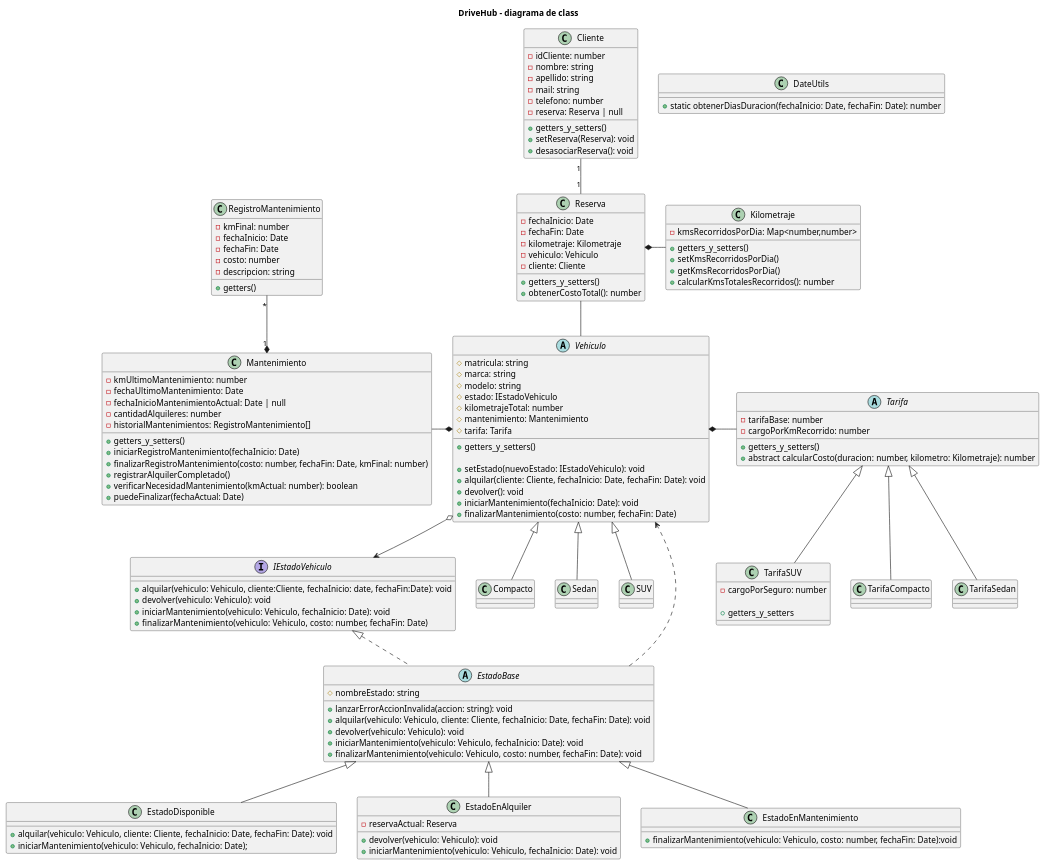
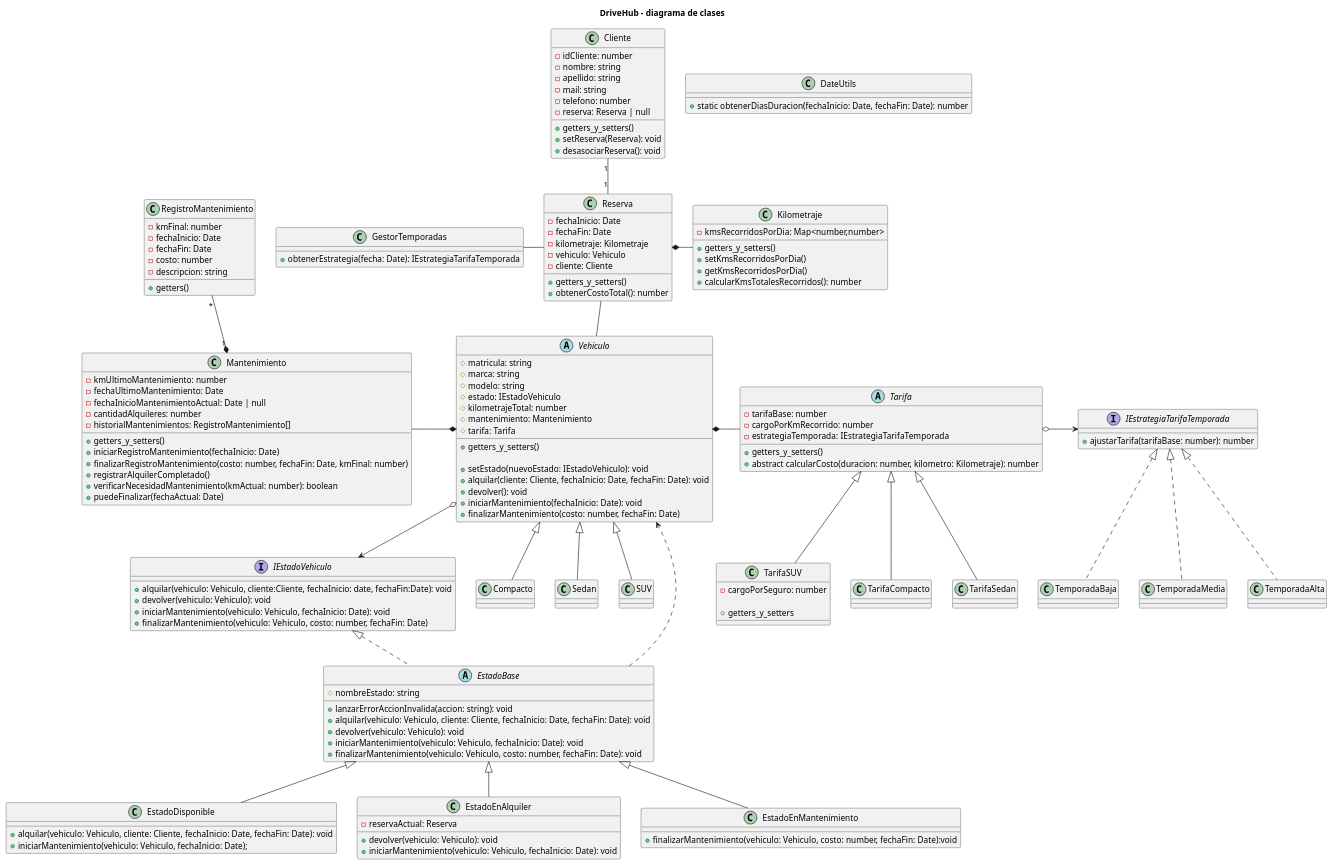
The diagram in diagramas/clases.puml (begueagustinhernan/tp-prog2-pruebas), drawn with PlantUML before and after one commit.

Commit message:
se modifica diagrama de clases agregando interfaz de temporadas, temporadas y gestorTemporadas

```diff
--- a/diagramas/clases.puml
+++ b/diagramas/clases.puml
@@ -1,152 +1,164 @@
 @startuml DriveHub
 
-title DriveHub - diagrama de class
+title DriveHub - diagrama de clases
 
 abstract class Vehiculo {
     # matricula: string
     # marca: string
     # modelo: string
     # estado: IEstadoVehiculo
     # kilometrajeTotal: number
     # mantenimiento: Mantenimiento
     # tarifa: Tarifa
 
     + getters_y_setters()
 
     + setEstado(nuevoEstado: IEstadoVehiculo): void
     + alquilar(cliente: Cliente, fechaInicio: Date, fechaFin: Date): void
     + devolver(): void
     + iniciarMantenimiento(fechaInicio: Date): void
     + finalizarMantenimiento(costo: number, fechaFin: Date)
 }
 
 abstract class Tarifa{
     - tarifaBase: number
     - cargoPorKmRecorrido: number
+    - estrategiaTemporada: IEstrategiaTarifaTemporada
     + getters_y_setters()
     + abstract calcularCosto(duracion: number, kilometro: Kilometraje): number
 }
 
 class TarifaSUV extends Tarifa {
     - cargoPorSeguro: number
 
     + getters_y_setters
 }
 
+interface IEstrategiaTarifaTemporada {
+    + ajustarTarifa(tarifaBase: number): number
+}
 
 class Cliente {
     - idCliente: number
     - nombre: string
     - apellido: string
     - mail: string
     - telefono: number
     - reserva: Reserva | null
     + getters_y_setters()
     + setReserva(Reserva): void
     + desasociarReserva(): void
 }
 
 class Kilometraje{
     -kmsRecorridosPorDia: Map<number,number>
 
     + getters_y_setters()
     + setKmsRecorridosPorDia()
     + getKmsRecorridosPorDia()
     + calcularKmsTotalesRecorridos(): number
 }
 
 class Mantenimiento {
     - kmUltimoMantenimiento: number
     - fechaUltimoMantenimiento: Date
     - fechaInicioMantenimientoActual: Date | null
     - cantidadAlquileres: number
     - historialMantenimientos: RegistroMantenimiento[]
 
     + getters_y_setters()
     + iniciarRegistroMantenimiento(fechaInicio: Date)
     + finalizarRegistroMantenimiento(costo: number, fechaFin: Date, kmFinal: number)
     + registrarAlquilerCompletado()
     + verificarNecesidadMantenimiento(kmActual: number): boolean
     + puedeFinalizar(fechaActual: Date)
 }
 
 class RegistroMantenimiento {
     - kmFinal: number
     - fechaInicio: Date
     - fechaFin: Date
     - costo: number
     - descripcion: string
 
     + getters()
 }
 
 class Reserva{
     - fechaInicio: Date
     - fechaFin: Date
     - kilometraje: Kilometraje
     - vehiculo: Vehiculo
     - cliente: Cliente
     + getters_y_setters()
     + obtenerCostoTotal(): number
 }
 
+class GestorTemporadas {
+    + obtenerEstrategia(fecha: Date): IEstrategiaTarifaTemporada
+}
+
 class DateUtils {
     + static obtenerDiasDuracion(fechaInicio: Date, fechaFin: Date): number
 }
 
 
 interface IEstadoVehiculo {
     + alquilar(vehiculo: Vehiculo, cliente:Cliente, fechaInicio: date, fechaFin:Date): void
     + devolver(vehiculo: Vehiculo): void
     + iniciarMantenimiento(vehiculo: Vehiculo, fechaInicio: Date): void
     + finalizarMantenimiento(vehiculo: Vehiculo, costo: number, fechaFin: Date)
 }
 
 abstract class EstadoBase implements IEstadoVehiculo {
     # nombreEstado: string
     + lanzarErrorAccionInvalida(accion: string): void
     + alquilar(vehiculo: Vehiculo, cliente: Cliente, fechaInicio: Date, fechaFin: Date): void
     + devolver(vehiculo: Vehiculo): void
     + iniciarMantenimiento(vehiculo: Vehiculo, fechaInicio: Date): void
     + finalizarMantenimiento(vehiculo: Vehiculo, costo: number, fechaFin: Date): void
 }
 
 class EstadoDisponible extends EstadoBase  {
     + alquilar(vehiculo: Vehiculo, cliente: Cliente, fechaInicio: Date, fechaFin: Date): void
     + iniciarMantenimiento(vehiculo: Vehiculo, fechaInicio: Date);
 }
 
 class EstadoEnAlquiler extends EstadoBase  {
     - reservaActual: Reserva
     + devolver(vehiculo: Vehiculo): void
     + iniciarMantenimiento(vehiculo: Vehiculo, fechaInicio: Date): void
 }
 
 class EstadoEnMantenimiento extends EstadoBase  {
     + finalizarMantenimiento(vehiculo: Vehiculo, costo: number, fechaFin: Date):void
 }
 
 
 ' Relaciones
 
 Vehiculo <|-d- Compacto
 Vehiculo <|-d- Sedan
 Vehiculo <|-d- SUV
 
 Tarifa <|-d- TarifaCompacto
 Tarifa <|-d- TarifaSedan
+Tarifa o-r-> IEstrategiaTarifaTemporada
 
 Vehiculo *-r- Tarifa
 Vehiculo *-l- Mantenimiento
 Vehiculo o--> IEstadoVehiculo
 
 Reserva -- Vehiculo
 Reserva *-r- Kilometraje
+Reserva -l- GestorTemporadas
 
 Cliente "1" -- "1" Reserva
 EstadoBase ..> Vehiculo
 Mantenimiento "1" *-u- "*" RegistroMantenimiento
 
-
+IEstrategiaTarifaTemporada <|.. TemporadaBaja
+IEstrategiaTarifaTemporada <|.. TemporadaMedia
+IEstrategiaTarifaTemporada <|.. TemporadaAlta
 
 @enduml
```
